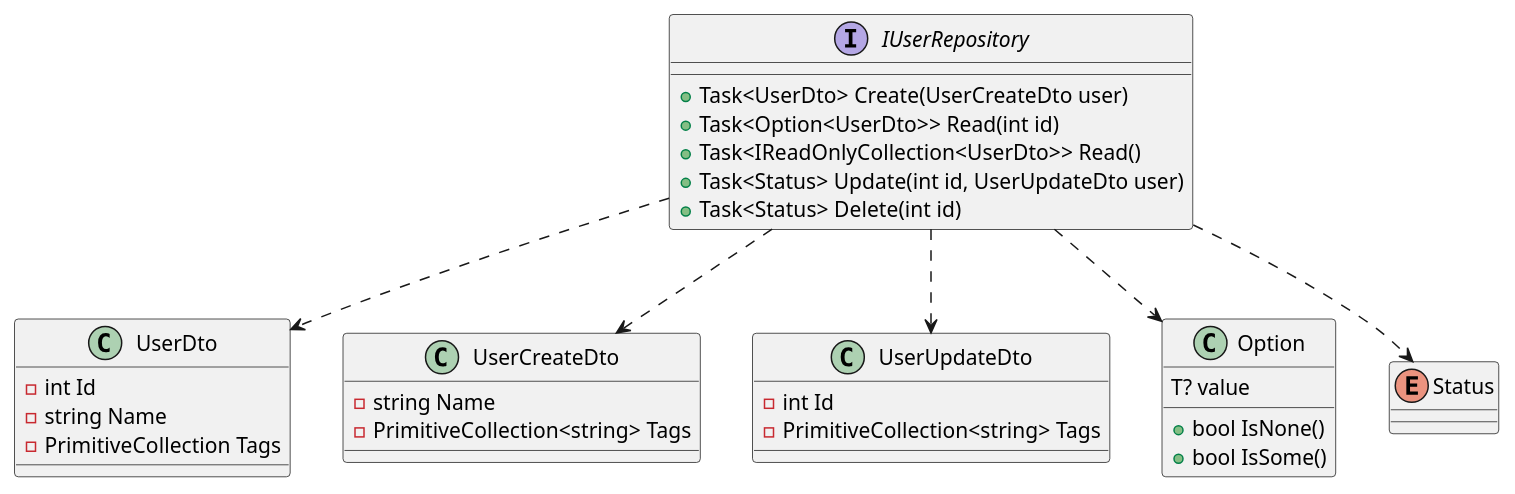
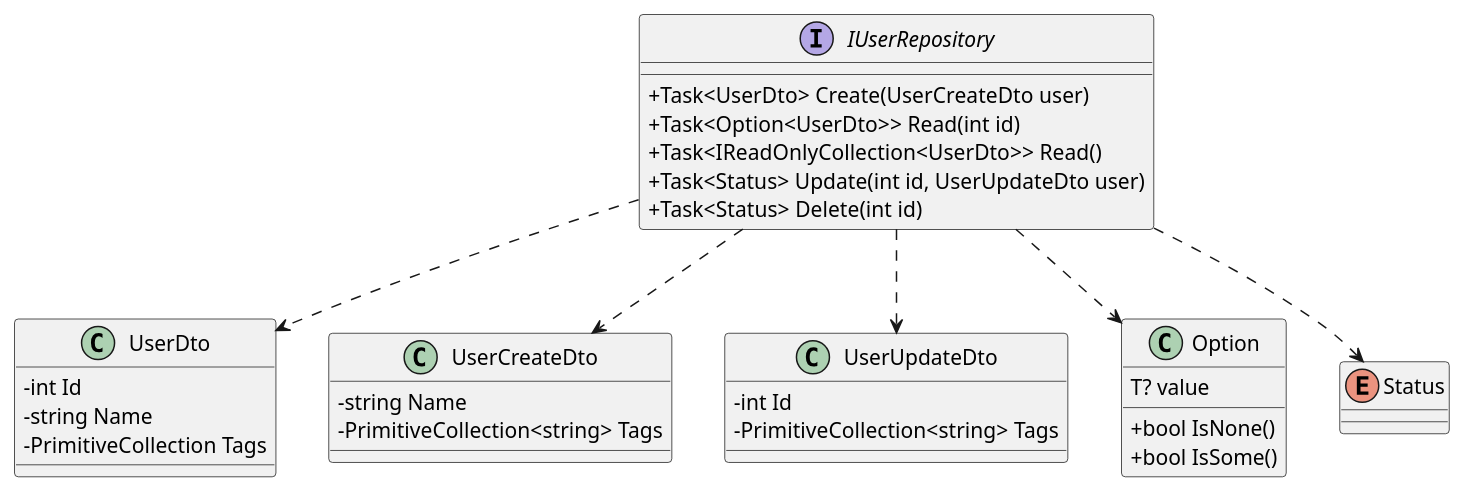
One commit to toffernator/blueberry changed the diagram in docs/uml/core-user-repo-class-diagram.puml. Above: the diagram before and after it, drawn with PlantUML. The commit also changed 2 other files, not shown here.

```diff
--- a/docs/uml/core-user-repo-class-diagram.puml
+++ b/docs/uml/core-user-repo-class-diagram.puml
@@ -1,42 +1,43 @@
 @startuml
+skinparam classAttributeIconSize 0
 
 interface IUserRepository {
   + Task<UserDto> Create(UserCreateDto user)
   + Task<Option<UserDto>> Read(int id)
   + Task<IReadOnlyCollection<UserDto>> Read()
   + Task<Status> Update(int id, UserUpdateDto user)
   + Task<Status> Delete(int id)
 }
 
 class UserDto {
   - int Id
   - string Name
   - PrimitiveCollection Tags
 }
 
 class UserCreateDto {
   - string Name
   - PrimitiveCollection<string> Tags
 }
 
 class UserUpdateDto {
   - int Id
   - PrimitiveCollection<string> Tags
 }
 
 class Option {
   T? value
 
   + bool IsNone()
   + bool IsSome()
 }
 
 enum Status
 
 IUserRepository ..> UserCreateDto
 IUserRepository ..> UserDto
 IUserRepository ..> UserUpdateDto
 IUserRepository ..> Option
 IUserRepository ..> Status
 
 @enduml
```
